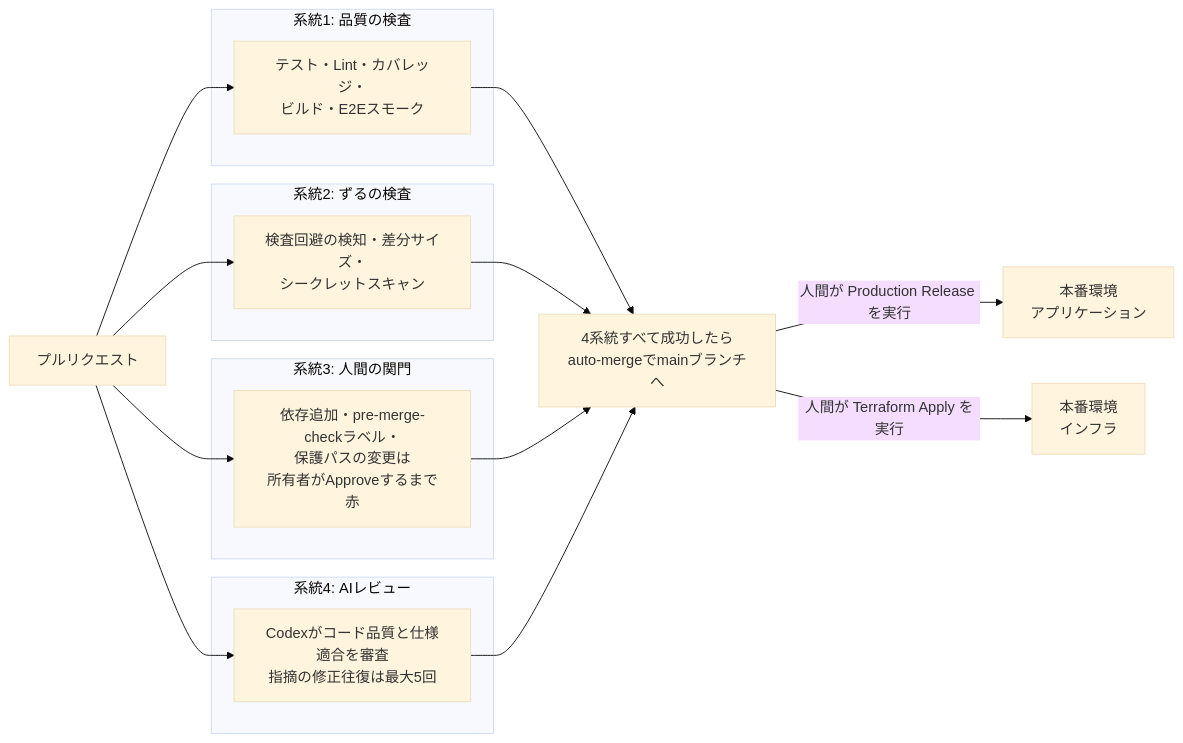
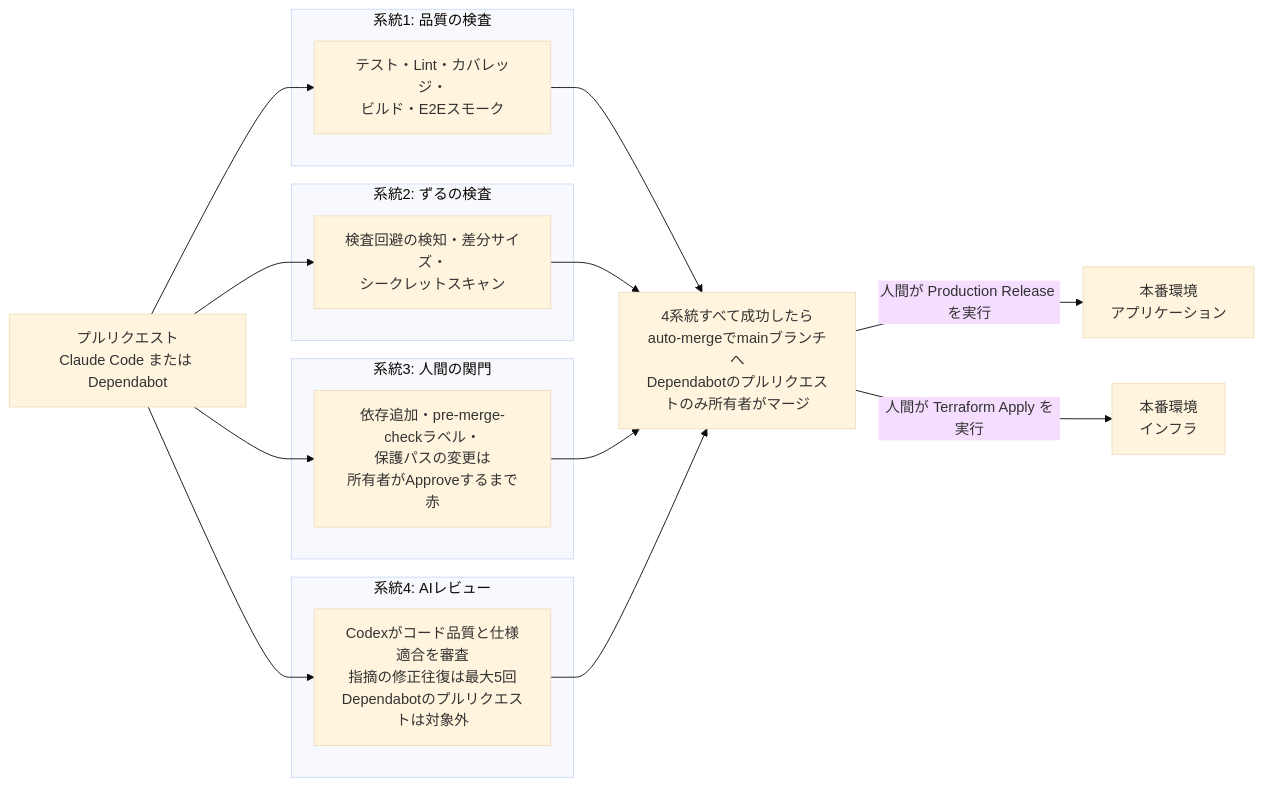
Before and after one commit to DogisRiki/KeirekiPro: the first of 2 diagrams in README.md, drawn with Mermaid (base theme). The commit also changed other lines of this file and 5 other files, not shown here.

````diff
--- a/README.md
+++ b/README.md
@@ -53,27 +53,27 @@
 ```mermaid
 flowchart LR
-    PR[プルリクエスト]
+    PR[プルリクエスト<br>Claude Code または Dependabot]
 
     subgraph s1[系統1: 品質の検査]
         Q[テスト・Lint・カバレッジ・<br>ビルド・E2Eスモーク]
     end
     subgraph s2[系統2: ずるの検査]
         Z[検査回避の検知・差分サイズ・<br>シークレットスキャン]
     end
     subgraph s3[系統3: 人間の関門]
         H[依存追加・pre-merge-checkラベル・<br>保護パスの変更は<br>所有者がApproveするまで赤]
     end
     subgraph s4[系統4: AIレビュー]
-        A[Codexがコード品質と仕様適合を審査<br>指摘の修正往復は最大5回]
+        A[Codexがコード品質と仕様適合を審査<br>指摘の修正往復は最大5回<br>Dependabotのプルリクエストは対象外]
     end
 
     PR --> Q
     PR --> Z
     PR --> H
     PR --> A
 
-    Q & Z & H & A --> M[4系統すべて成功したら<br>auto-mergeでmainブランチへ]
+    Q & Z & H & A --> M[4系統すべて成功したら<br>auto-mergeでmainブランチへ<br>Dependabotのプルリクエストのみ所有者がマージ]
 
     M -->|人間が Production Release を実行| App[本番環境<br>アプリケーション]
     M -->|人間が Terraform Apply を実行| Infra[本番環境<br>インフラ]
 ```
````
